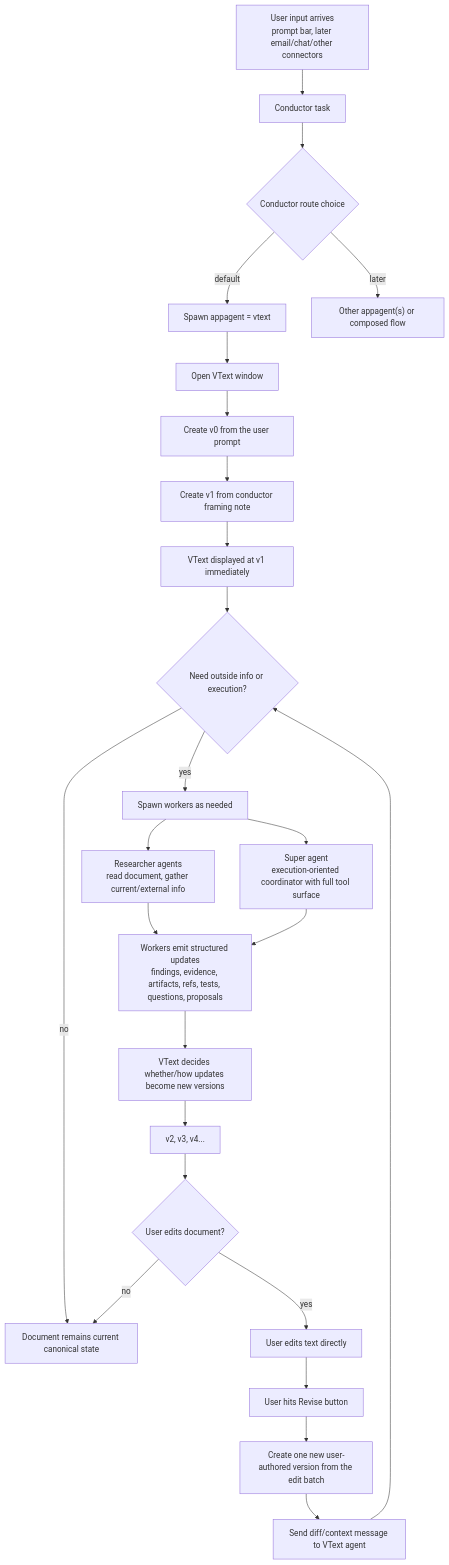
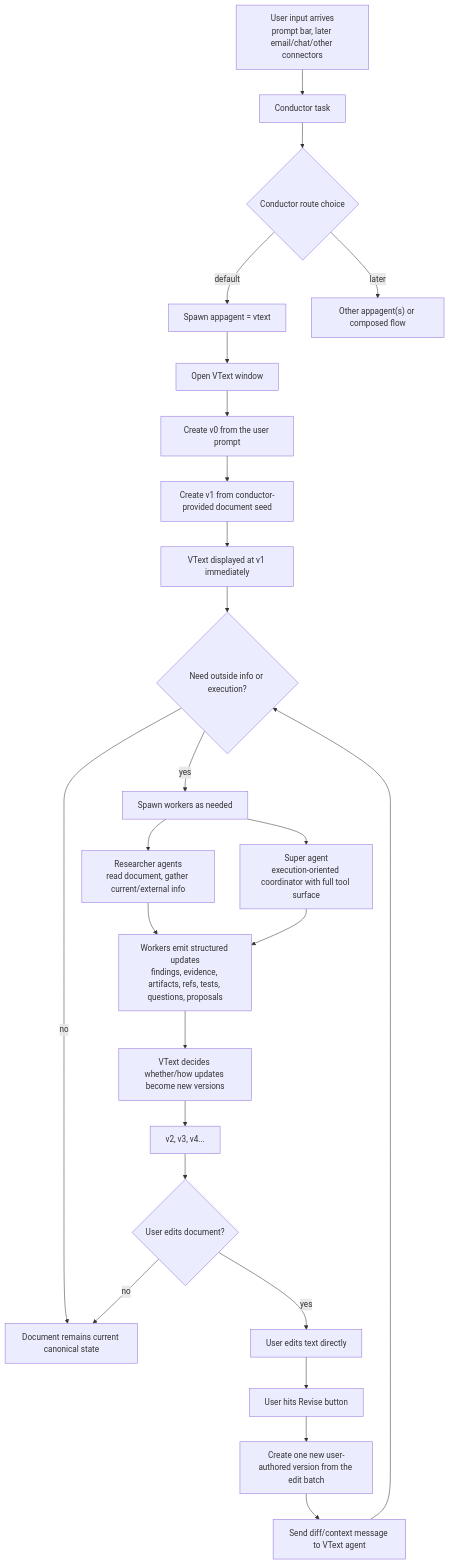
Before and after one commit to choir-hip/go-choir: the diagram in PROJECT-GOALS.md, drawn with Mermaid. The commit also changed other lines of this file and 7 other files, not shown here.

````diff
--- a/PROJECT-GOALS.md
+++ b/PROJECT-GOALS.md
@@ -48,32 +48,32 @@
 ```mermaid
 flowchart TD
     A["User input arrives<br/>prompt bar, later email/chat/other connectors"] --> B["Conductor task"]
     B --> C{"Conductor route choice"}
     C -->|default| D["Spawn appagent = vtext"]
     C -->|later| E["Other appagent(s) or composed flow"]
 
     D --> F["Open VText window"]
     F --> G["Create v0 from the user prompt"]
-    G --> H["Create v1 from conductor framing note"]
+    G --> H["Create v1 from conductor-provided document seed"]
     H --> I["VText displayed at v1 immediately"]
 
     I --> J{"Need outside info or execution?"}
     J -->|yes| K["Spawn workers as needed"]
     J -->|no| V["Document remains current canonical state"]
 
     K --> L["Researcher agents<br/>read document, gather current/external info"]
     K --> M["Super agent<br/>execution-oriented coordinator with full tool surface"]
 
     L --> N["Workers emit structured updates<br/>findings, evidence, artifacts, refs, tests, questions, proposals"]
     M --> N
     N --> O["VText decides whether/how updates become new versions"]
     O --> P["v2, v3, v4..."]
 
     P --> Q{"User edits document?"}
     Q -->|yes| R["User edits text directly"]
     R --> S["User hits Revise button"]
     S --> T["Create one new user-authored version from the edit batch"]
     T --> U["Send diff/context message to VText agent"]
     U --> J
     Q -->|no| V["Document remains current canonical state"]
 ```
````
